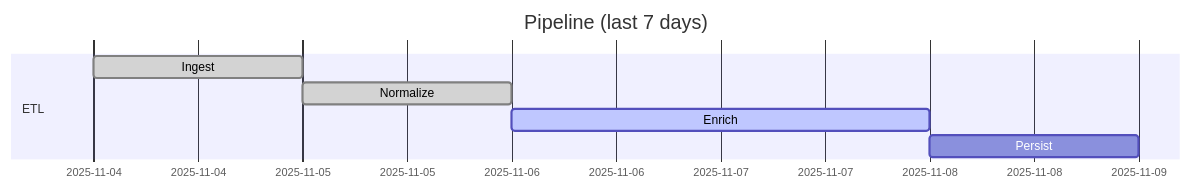
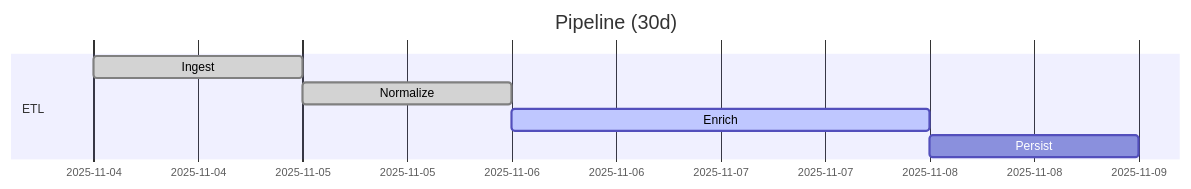
Before and after one commit to iog-creator/Gemantria: the diagram in docs/atlas/pipeline_flow_historical.mmd, drawn with Mermaid. The commit also changed 10 other files, not shown here.

```diff
--- a/docs/atlas/pipeline_flow_historical.mmd
+++ b/docs/atlas/pipeline_flow_historical.mmd
@@ -1,9 +1,9 @@
-%% generated (HINT) 2025-11-10T19:58:10Z
+%% generated (HINT) 2025-11-10T20:11:50Z
 gantt
   dateFormat  YYYY-MM-DD
-  title Pipeline (last 7 days)
+  title Pipeline (30d)
   section ETL
   Ingest     :done, des1, 2025-11-04, 1d
   Normalize  :done, des2, 2025-11-05, 1d
   Enrich     :active, des3, 2025-11-06, 2d
   Persist    :         des4, 2025-11-08, 1d
```
